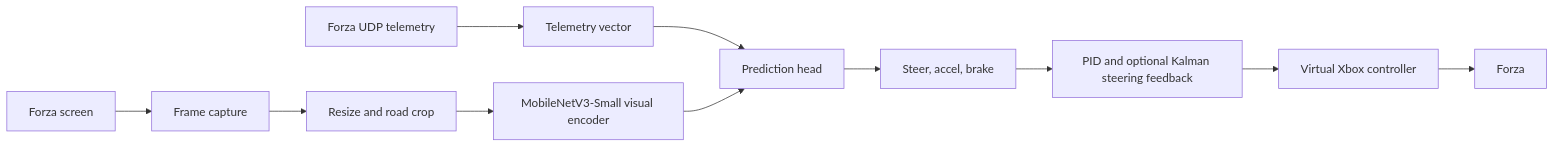
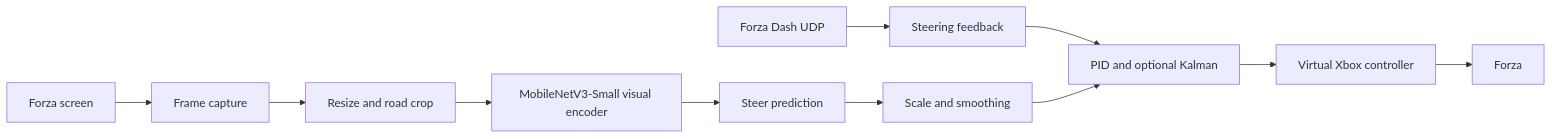
Before and after one commit to ricky5932TW/End2End-autodrive-image-steer: the diagram in README.md, drawn with Mermaid. The commit also changed other lines of this file and 66 other files, not shown here.

````diff
--- a/README.md
+++ b/README.md
@@ -53,13 +58,13 @@
 ```mermaid
 flowchart LR
     A[Forza screen] --> B[Frame capture]
     B --> C[Resize and road crop]
-    D[Forza UDP telemetry] --> E[Telemetry vector]
-    C --> F[MobileNetV3-Small visual encoder]
-    E --> G[Prediction head]
-    F --> G
-    G --> H[Steer, accel, brake]
-    H --> I[PID and optional Kalman steering feedback]
+    C --> D[MobileNetV3-Small visual encoder]
+    E[Forza Dash UDP] --> F[Steering feedback]
+    D --> G[Steer prediction]
+    G --> H[Scale and smoothing]
+    F --> I[PID and optional Kalman]
+    H --> I
     I --> J[Virtual Xbox controller]
     J --> K[Forza]
 ```
````
